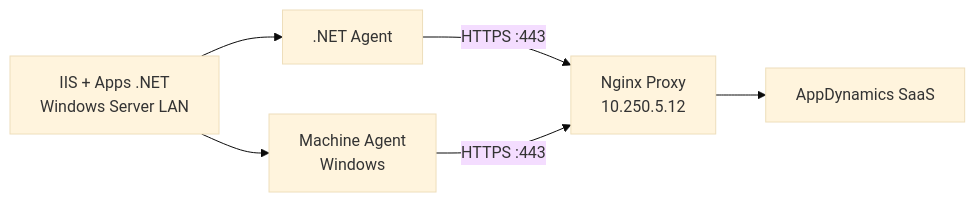
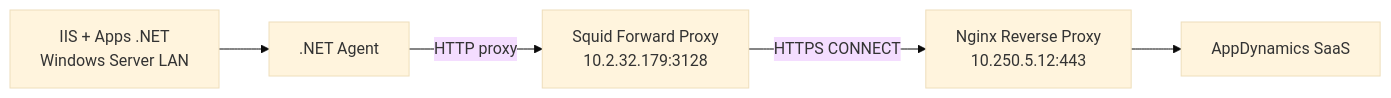
Before and after one commit to ulix1808/ICASA_Observability: the diagram in docs/03-dotnet-agent-iis/instalacion-windows.md, drawn with Mermaid (base theme). The commit also changed other lines of this file and 20 other files, not shown here.

````diff
--- a/docs/03-dotnet-agent-iis/instalacion-windows.md
+++ b/docs/03-dotnet-agent-iis/instalacion-windows.md
@@ -8,8 +8,7 @@
 ```mermaid
 flowchart LR
     IIS["IIS + Apps .NET<br/>Windows Server LAN"] --> NET[".NET Agent"]
-    IIS --> MA["Machine Agent<br/>Windows"]
-    NET -->|"HTTPS :443"| PROXY["Nginx Proxy<br/>10.250.5.12"]
-    MA -->|"HTTPS :443"| PROXY
-    PROXY --> APPD["AppDynamics SaaS"]
+    NET -->|"HTTP proxy"| SQUID["Squid Forward Proxy<br/>10.2.32.179:3128"]
+    SQUID -->|"HTTPS CONNECT"| NGX["Nginx Reverse Proxy<br/>10.250.5.12:443"]
+    NGX --> APPD["AppDynamics SaaS"]
 ```
````
